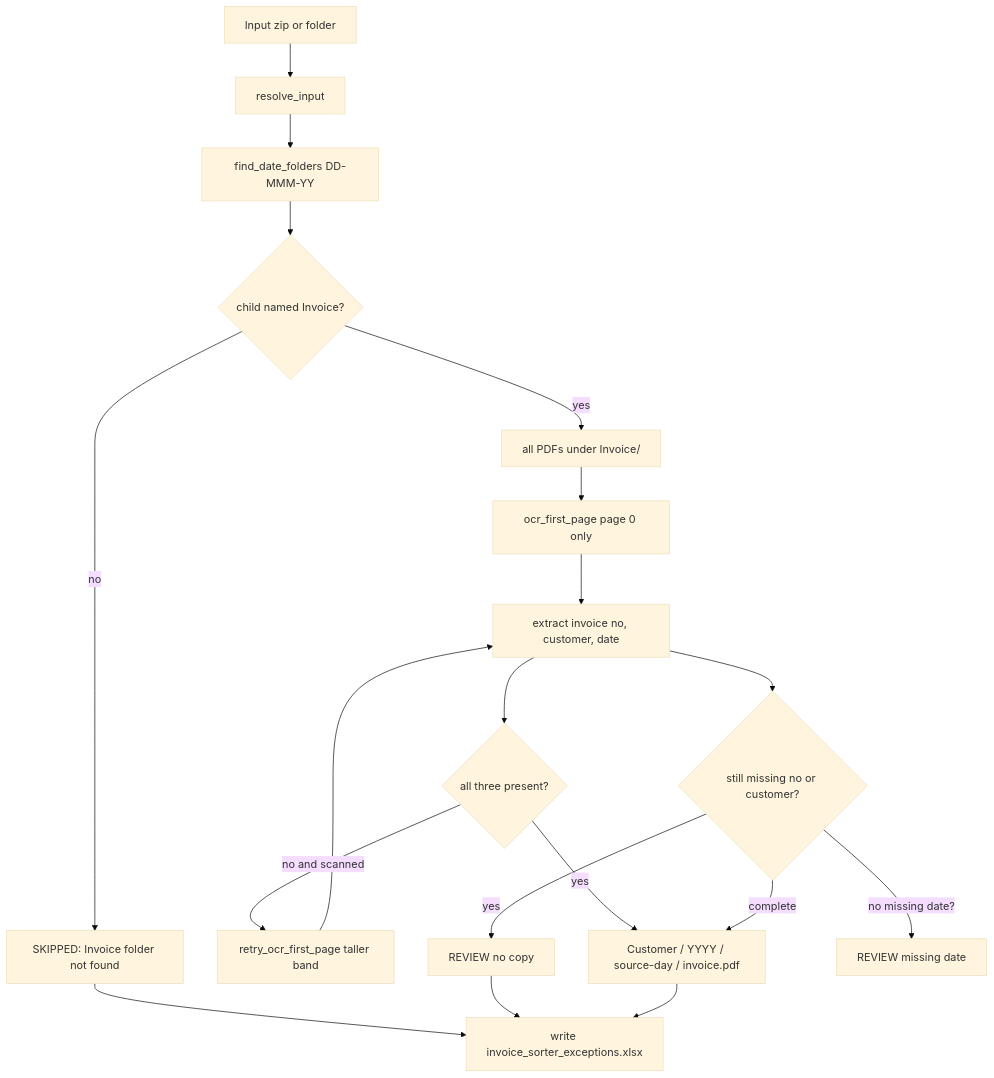
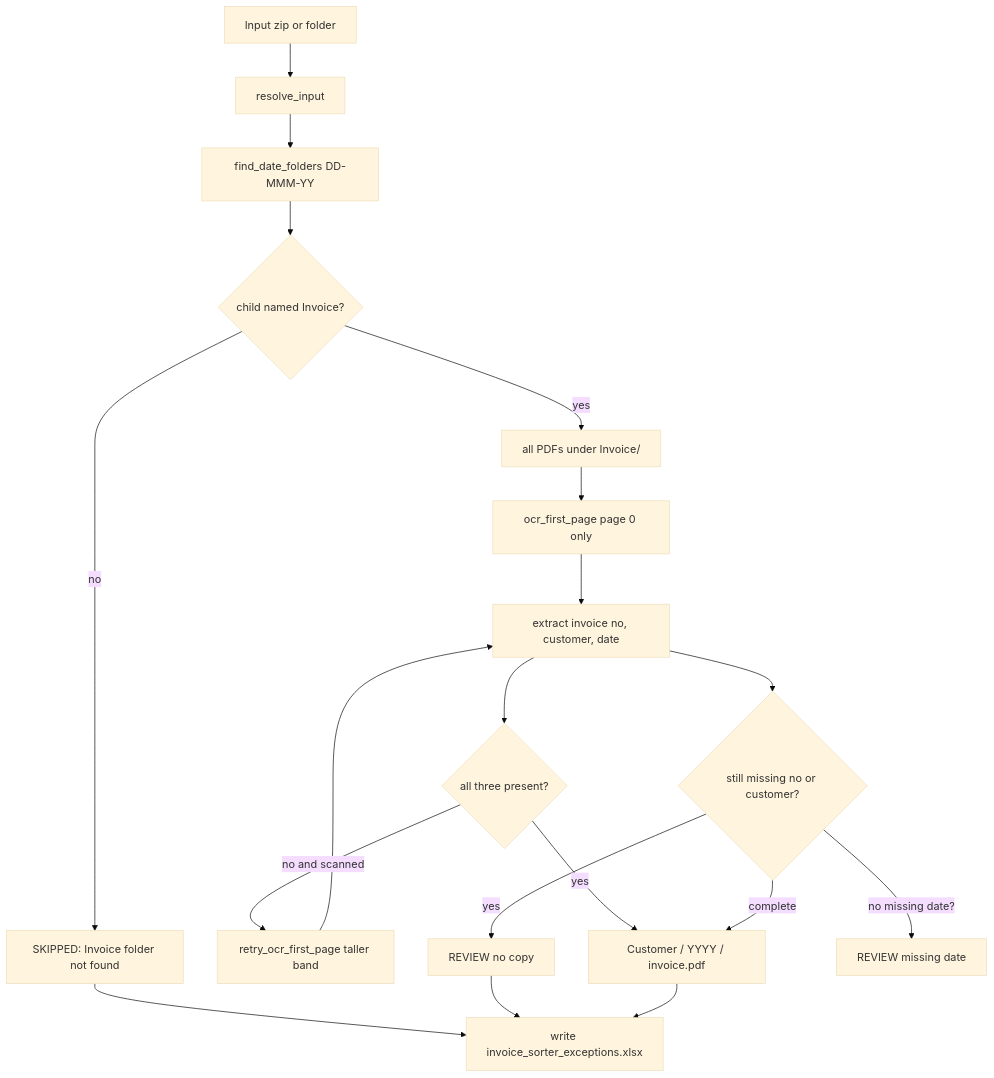
One commit to ananta126/AI-fun-projects changed the diagram in invoice_sorter_app_v2/LOGIC.md. Above: the diagram before and after it, drawn with Mermaid (base theme). The commit also changed other lines of this file and 5 other files, not shown here.

First line of the commit message:
Flatten output path to Customer/YYYY/invoice.pdf

````diff
--- a/invoice_sorter_app_v2/LOGIC.md
+++ b/invoice_sorter_app_v2/LOGIC.md
@@ -56,21 +55,21 @@
 ```mermaid
 flowchart TD
   A[Input zip or folder] --> B[resolve_input]
   B --> C[find_date_folders DD-MMM-YY]
   C --> D{child named Invoice?}
   D -->|no| S[SKIPPED: Invoice folder not found]
   D -->|yes| E[all PDFs under Invoice/]
   E --> F[ocr_first_page page 0 only]
   F --> G[extract invoice no, customer, date]
   G --> H{all three present?}
   H -->|no and scanned| I[retry_ocr_first_page taller band]
   H -->|yes| J[copy]
   I --> G
   G --> K{still missing no or customer?}
   K -->|yes| R[REVIEW no copy]
   K -->|no missing date?| L[REVIEW missing date]
-  K -->|complete| J[Customer / YYYY / source-day / invoice.pdf]
+  K -->|complete| J[Customer / YYYY / invoice.pdf]
   S --> X[write invoice_sorter_exceptions.xlsx]
   R --> X
   J --> X
 ```
````
